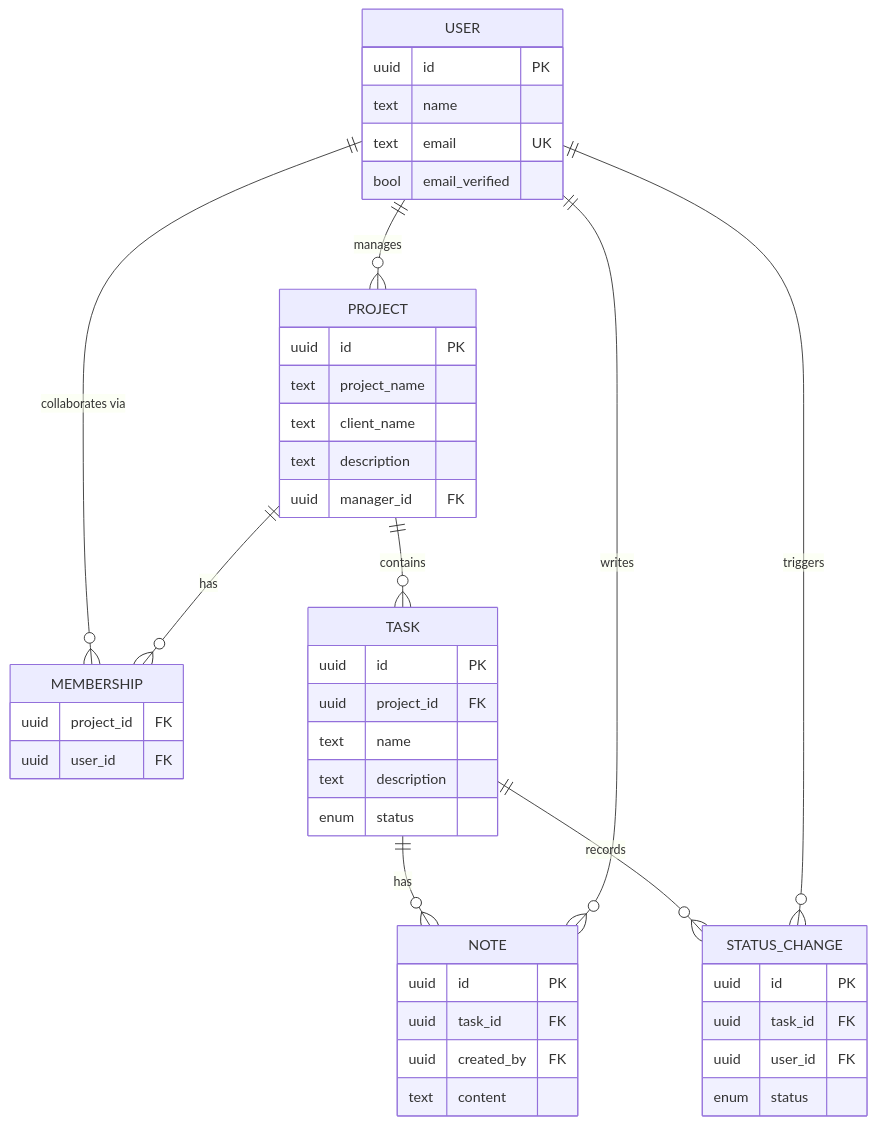
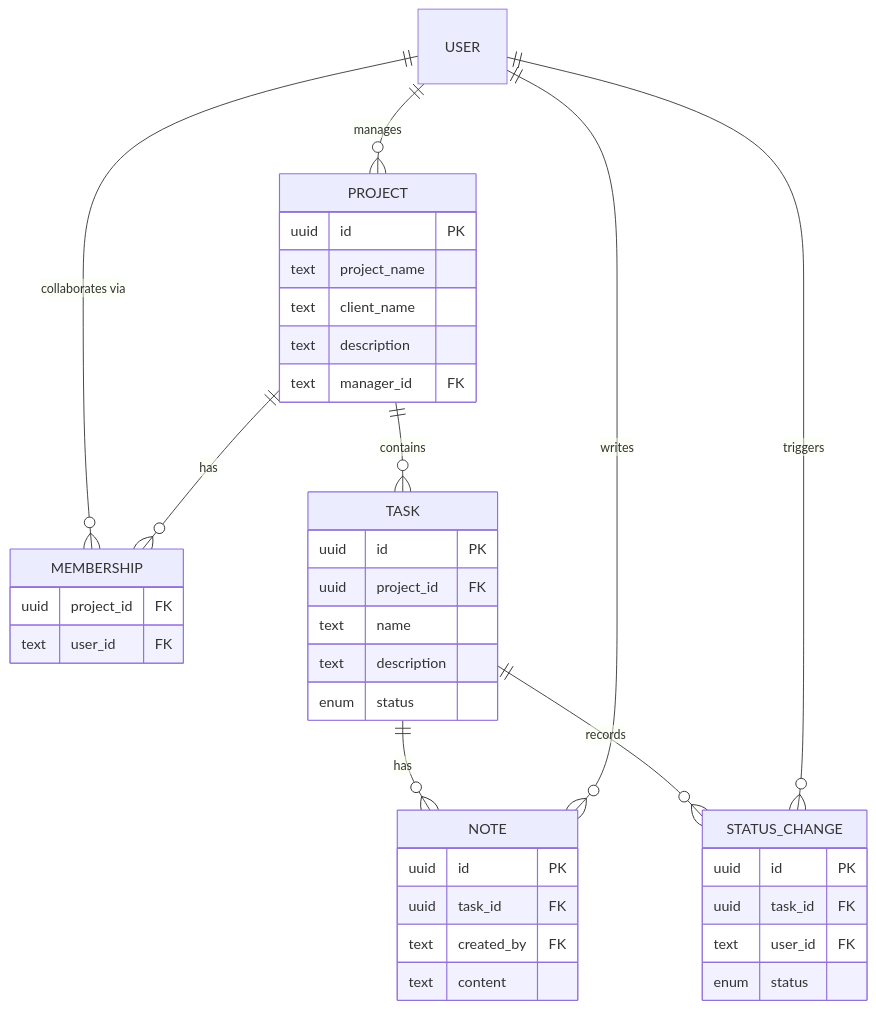
Before and after one commit to diegopardodev/uptask: the second of 2 diagrams in README.md, drawn with Mermaid. The commit also changed other lines of this file and 12 other files, not shown here.

````diff
--- a/README.md
+++ b/README.md
@@ -73,48 +158,42 @@
 ```mermaid
 erDiagram
     USER ||--o{ PROJECT : manages
     USER ||--o{ MEMBERSHIP : "collaborates via"
     PROJECT ||--o{ MEMBERSHIP : has
     PROJECT ||--o{ TASK : contains
     TASK ||--o{ NOTE : has
     TASK ||--o{ STATUS_CHANGE : "records"
     USER ||--o{ NOTE : writes
     USER ||--o{ STATUS_CHANGE : "triggers"
 
-    USER {
-        uuid id PK
-        text name
-        text email UK
-        bool email_verified
-    }
     PROJECT {
         uuid id PK
         text project_name
         text client_name
         text description
-        uuid manager_id FK
+        text manager_id FK
     }
     MEMBERSHIP {
         uuid project_id FK
-        uuid user_id FK
+        text user_id FK
     }
     TASK {
         uuid id PK
         uuid project_id FK
         text name
         text description
         enum status
     }
     NOTE {
         uuid id PK
         uuid task_id FK
-        uuid created_by FK
+        text created_by FK
         text content
     }
     STATUS_CHANGE {
         uuid id PK
         uuid task_id FK
-        uuid user_id FK
+        text user_id FK
         enum status
     }
 ```
````
